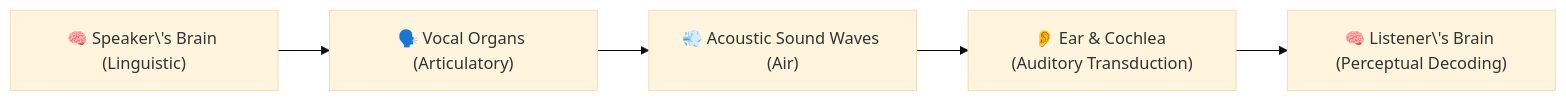
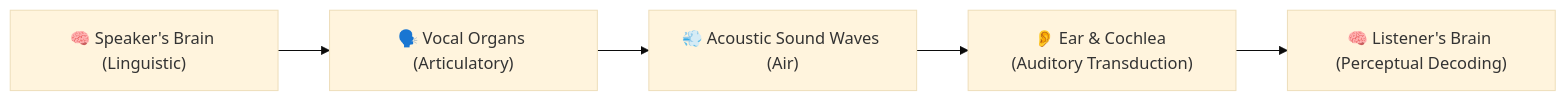
The first of 11 diagrams in Module_1_Speech_Processing_Concepts/Question_Bank_SAQ_LAQ_Solutions.md (Anubhab912/Speech-and-Video-Processing), drawn with Mermaid (base theme) before and after one commit. The commit also changed other lines of this file, not shown here.

````diff
--- a/Module_1_Speech_Processing_Concepts/Question_Bank_SAQ_LAQ_Solutions.md
+++ b/Module_1_Speech_Processing_Concepts/Question_Bank_SAQ_LAQ_Solutions.md
@@ -64,7 +65,7 @@
 ```mermaid
 flowchart LR
-    A["🧠 Speaker\'s Brain (Linguistic)"] --> B["🗣️ Vocal Organs (Articulatory)"]
+    A["🧠 Speaker's Brain (Linguistic)"] --> B["🗣️ Vocal Organs (Articulatory)"]
     B --> C["💨 Acoustic Sound Waves (Air)"]
     C --> D["👂 Ear & Cochlea (Auditory Transduction)"]
-    D --> E["🧠 Listener\'s Brain (Perceptual Decoding)"]
+    D --> E["🧠 Listener's Brain (Perceptual Decoding)"]
 ```
````
